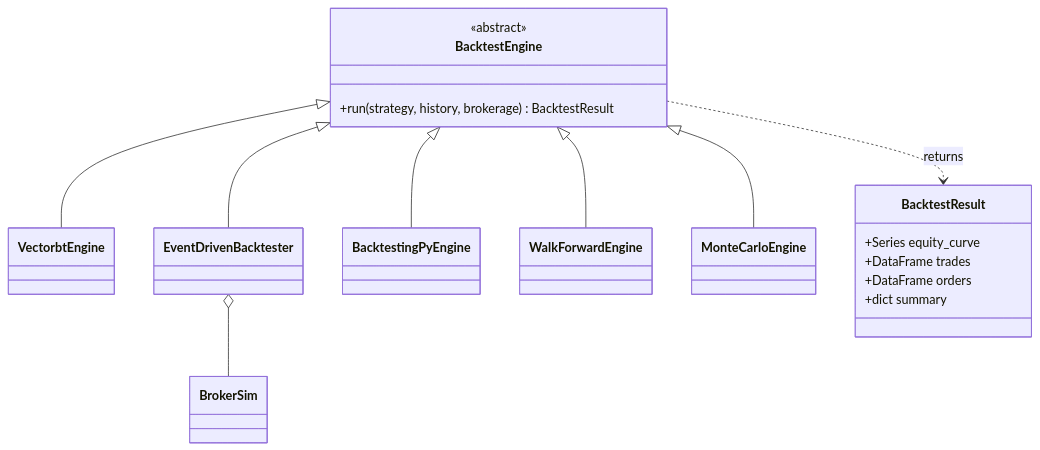
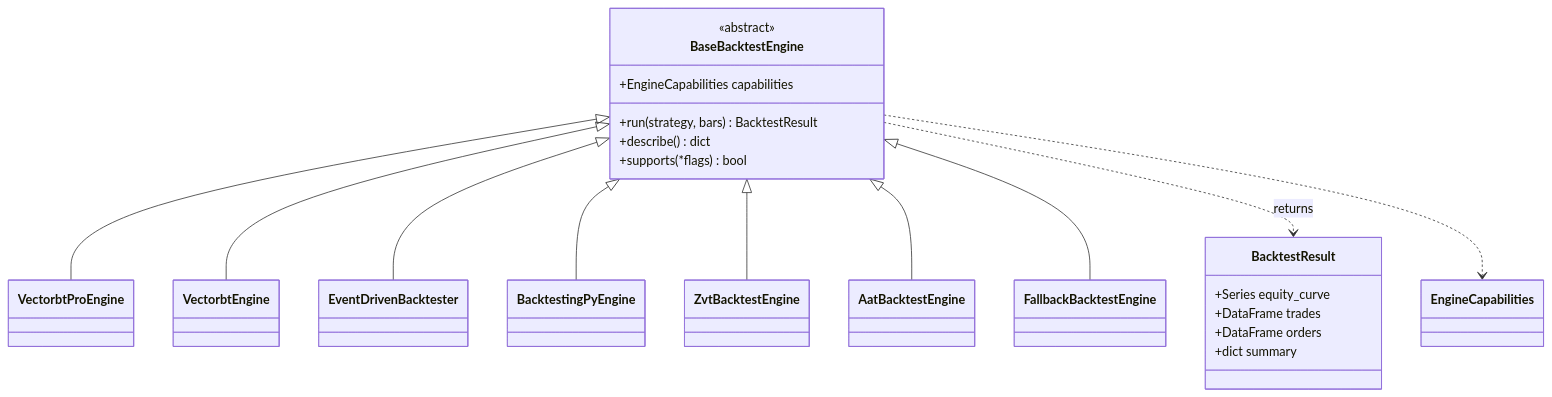
One commit to julianwileymac/agentic_quant_platform changed the diagram in docs/backtest-engines.md. Above: the diagram before and after it, drawn with Mermaid. The commit also changed other lines of this file and 428 other files, not shown here.

````diff
--- a/docs/backtest-engines.md
+++ b/docs/backtest-engines.md
@@ -102,26 +146,33 @@
 ```mermaid
 classDiagram
-    class BacktestEngine {
+    class BaseBacktestEngine {
         <<abstract>>
-        +run(strategy, history, brokerage) BacktestResult
+        +EngineCapabilities capabilities
+        +run(strategy, bars) BacktestResult
+        +describe() dict
+        +supports(*flags) bool
     }
+    class EngineCapabilities
+    class VectorbtProEngine
     class VectorbtEngine
     class EventDrivenBacktester
     class BacktestingPyEngine
-    class WalkForwardEngine
-    class MonteCarloEngine
-    class BrokerSim
+    class ZvtBacktestEngine
+    class AatBacktestEngine
+    class FallbackBacktestEngine
     class BacktestResult {
         +Series equity_curve
         +DataFrame trades
         +DataFrame orders
         +dict summary
     }
-    BacktestEngine <|-- VectorbtEngine
-    BacktestEngine <|-- EventDrivenBacktester
-    BacktestEngine <|-- BacktestingPyEngine
-    BacktestEngine <|-- WalkForwardEngine
-    BacktestEngine <|-- MonteCarloEngine
-    BacktestEngine ..> BacktestResult : returns
-    EventDrivenBacktester o-- BrokerSim
+    BaseBacktestEngine <|-- VectorbtProEngine
+    BaseBacktestEngine <|-- VectorbtEngine
+    BaseBacktestEngine <|-- EventDrivenBacktester
+    BaseBacktestEngine <|-- BacktestingPyEngine
+    BaseBacktestEngine <|-- ZvtBacktestEngine
+    BaseBacktestEngine <|-- AatBacktestEngine
+    BaseBacktestEngine <|-- FallbackBacktestEngine
+    BaseBacktestEngine ..> BacktestResult : returns
+    BaseBacktestEngine ..> EngineCapabilities
 ```
````
